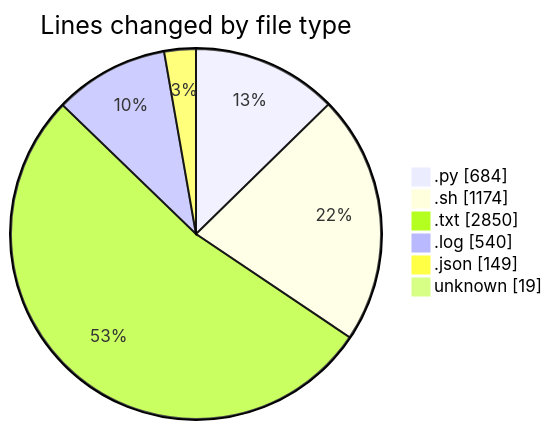
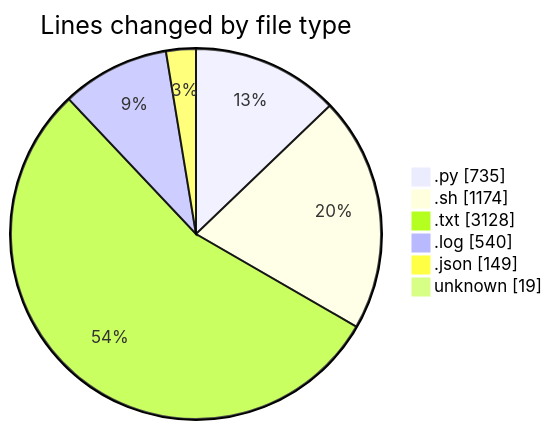
Before and after one commit to Unknowalive/code-tracking: the first of 2 diagrams in 2026-04-11/scripting_workshop/README.md, drawn with Mermaid. The commit also changed other lines of this file and 1 other file, not shown here.

````diff
--- a/2026-04-11/scripting_workshop/README.md
+++ b/2026-04-11/scripting_workshop/README.md
@@ -39,10 +40,10 @@
 ```mermaid
 pie showData
 title Lines changed by file type
-".py" : 684
+".py" : 735
 ".sh" : 1174
-".txt" : 2850
+".txt" : 3128
 ".log" : 540
 ".json" : 149
 "unknown" : 19
 ```
````
